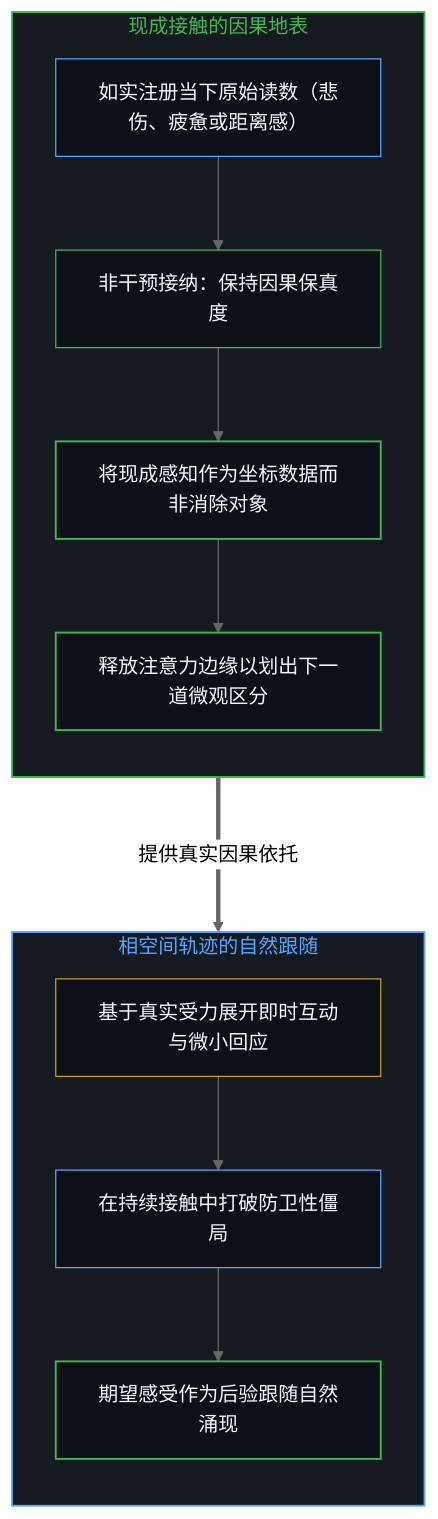
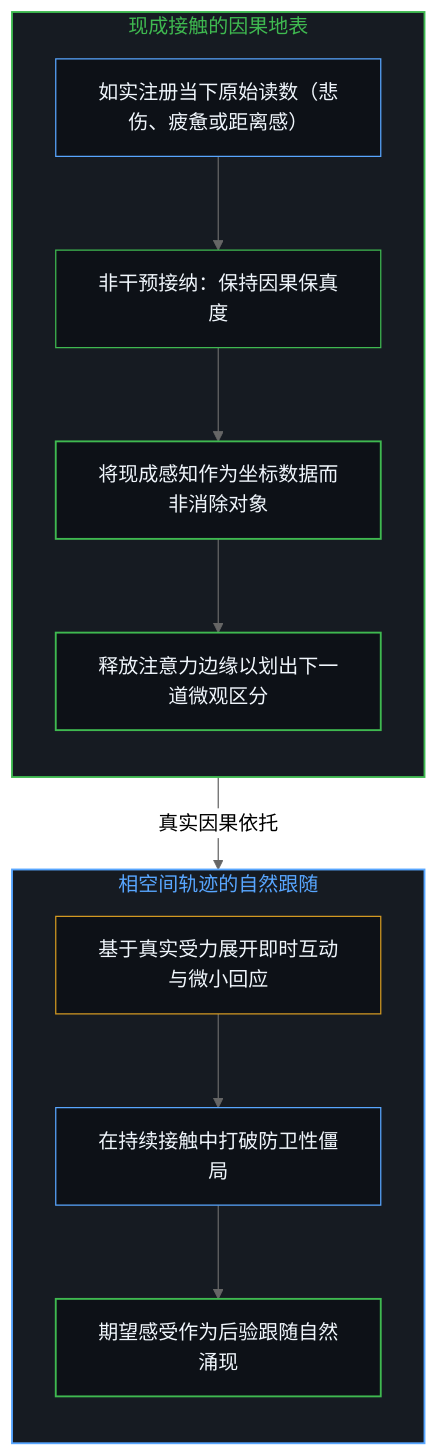
The third of 6 diagrams in content/posts/present-contact-and-the-obscuration-of-desired-feeling.md (powerpig99/not-a-toe), drawn with Mermaid (neutral theme) before and after one commit. The commit also changed other lines of this file and 2 other files, not shown here.

Commit message:
Polish Post #385: streamline Mermaid connectors, clarify Heideggerian vs present registration, and anchor Call to Praxis

````diff
--- a/content/posts/present-contact-and-the-obscuration-of-desired-feeling.md
+++ b/content/posts/present-contact-and-the-obscuration-of-desired-feeling.md
@@ -79,27 +79,27 @@
 ```mermaid
 graph TD
     subgraph S_Contact ["现成接触的因果地表"]
         direction TB
         C_Raw["如实注册当下原始读数（悲伤、疲惫或距离感）"] --> C_Discipline["非干预接纳：保持因果保真度"]
         C_Discipline --> C_Data["将现成感知作为坐标数据而非消除对象"]
         C_Data --> C_Open["释放注意力边缘以划出下一道微观区分"]
     end
 
     subgraph S_Following ["相空间轨迹的自然跟随"]
         direction TB
         F_Friction["基于真实受力展开即时互动与微小回应"] --> F_Resonance["在持续接触中打破防卫性僵局"]
         F_Resonance --> F_Emergence["期望感受作为后验跟随自然涌现"]
     end
 
-    C_Open ===>|"提供真实因果依托"| F_Friction
+    C_Open -->|"真实因果依托"| F_Friction
 
     style S_Contact fill:#161b22,stroke:#3fb950,stroke-width:1.5px,color:#3fb950
     style S_Following fill:#161b22,stroke:#58a6ff,stroke-width:1.5px,color:#58a6ff
     style C_Raw fill:#0d1117,stroke:#58a6ff,stroke-width:1px,color:#f0f6fc
     style C_Discipline fill:#0d1117,stroke:#3fb950,stroke-width:1px,color:#f0f6fc
     style C_Data fill:#0d1117,stroke:#3fb950,stroke-width:1.5px,color:#f0f6fc
     style C_Open fill:#0d1117,stroke:#3fb950,stroke-width:1.5px,color:#f0f6fc
     style F_Friction fill:#0d1117,stroke:#d29922,stroke-width:1px,color:#f0f6fc
     style F_Resonance fill:#0d1117,stroke:#58a6ff,stroke-width:1px,color:#f0f6fc
     style F_Emergence fill:#0d1117,stroke:#3fb950,stroke-width:1.5px,color:#f0f6fc
 ```
````
